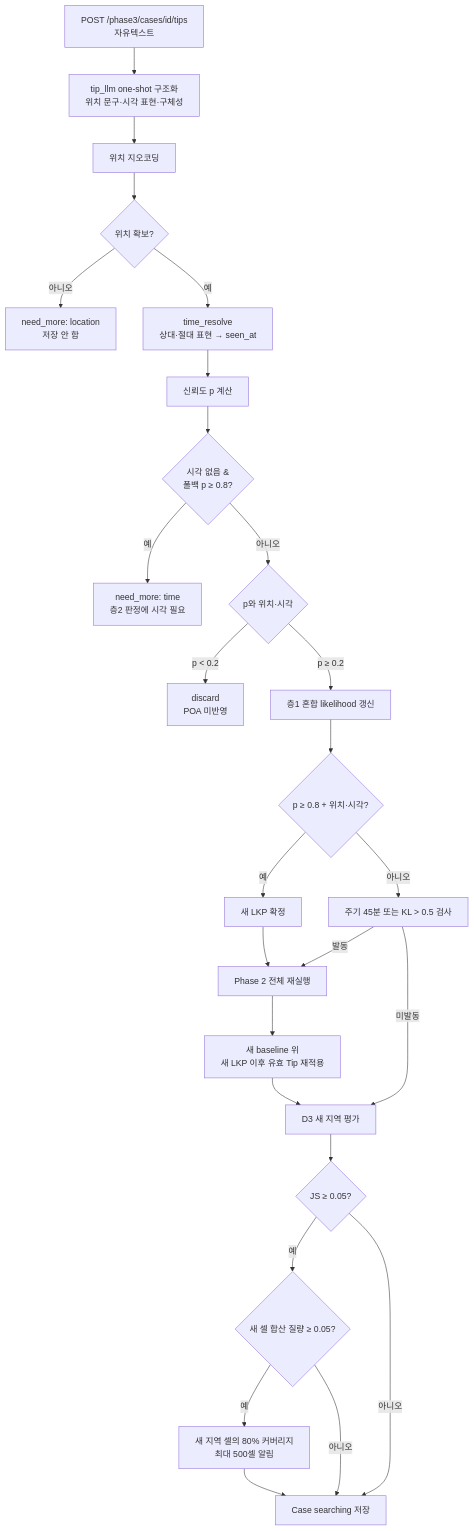
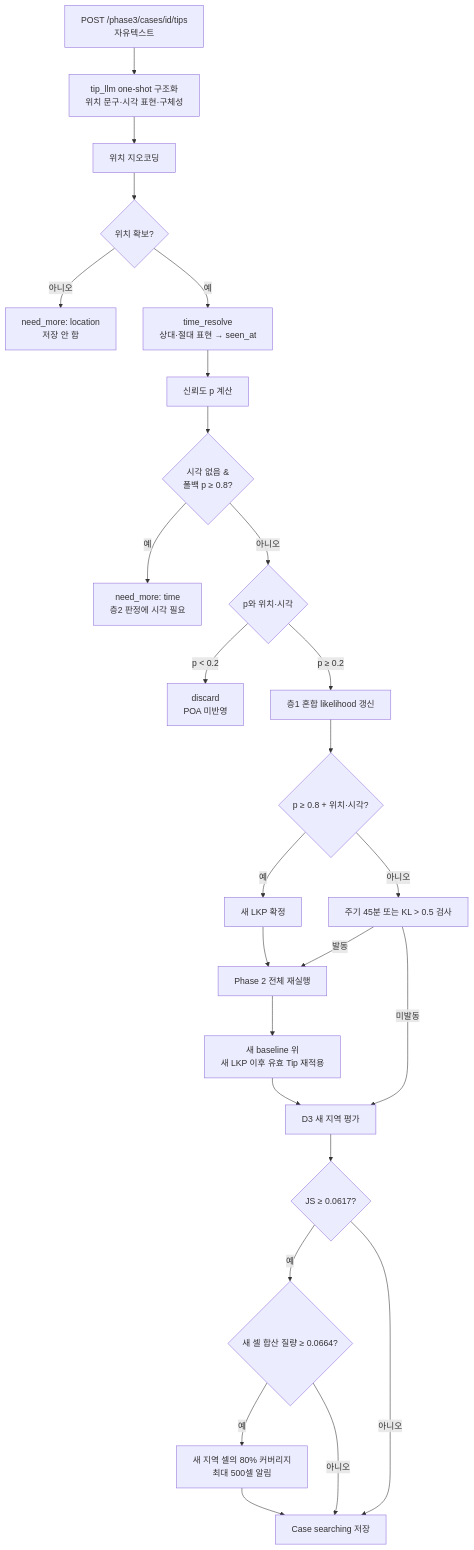
One commit to Donghaeng-AI-ROOKIE/Come-back-home changed the ninth of 12 diagrams in docs/IMPLEMENTATION_ARCHITECTURE.md. Above: the diagram before and after it, drawn with Mermaid. The commit also changed other lines of this file and 3 other files, not shown here.

````diff
--- a/docs/IMPLEMENTATION_ARCHITECTURE.md
+++ b/docs/IMPLEMENTATION_ARCHITECTURE.md
@@ -572,28 +572,28 @@
 ```mermaid
 flowchart TD
     IN["POST /phase3/cases/id/tips<br/>자유텍스트"] --> LLM["tip_llm one-shot 구조화<br/>위치 문구·시각 표현·구체성"]
     LLM --> GC["위치 지오코딩"]
     GC --> HASLOC{"위치 확보?"}
     HASLOC -- "아니오" --> RA1["need_more: location<br/>저장 안 함"]
     HASLOC -- "예" --> TR["time_resolve<br/>상대·절대 표현 → seen_at"]
     TR --> P["신뢰도 p 계산"]
     P --> RAQ{"시각 없음 &<br/>폴백 p ≥ 0.8?"}
     RAQ -- "예" --> RA2["need_more: time<br/>층2 판정에 시각 필요"]
     RAQ -- "아니오" --> CLASS{"p와 위치·시각"}
     CLASS -- "p < 0.2" --> DISCARD["discard<br/>POA 미반영"]
     CLASS -- "p ≥ 0.2" --> L1["층1 혼합 likelihood 갱신"]
     L1 --> L2Q{"p ≥ 0.8 + 위치·시각?"}
     L2Q -- "예" --> L2["새 LKP 확정"]
     L2 --> RERUN["Phase 2 전체 재실행"]
     L2Q -- "아니오" --> CHECK["주기 45분 또는 KL > 0.5 검사"]
     CHECK -- "발동" --> RERUN
     CHECK -- "미발동" --> D3
     RERUN --> REAPPLY["새 baseline 위<br/>새 LKP 이후 유효 Tip 재적용"]
     REAPPLY --> D3["D3 새 지역 평가"]
-    D3 --> JS{"JS ≥ 0.05?"}
-    JS -- "예" --> MASS{"새 셀 합산 질량 ≥ 0.05?"}
+    D3 --> JS{"JS ≥ 0.0617?"}
+    JS -- "예" --> MASS{"새 셀 합산 질량 ≥ 0.0664?"}
     MASS -- "예" --> ALERT["새 지역 셀의 80% 커버리지<br/>최대 500셀 알림"]
     MASS -- "아니오" --> SAVE
     JS -- "아니오" --> SAVE["Case searching 저장"]
     ALERT --> SAVE
 ```
````
